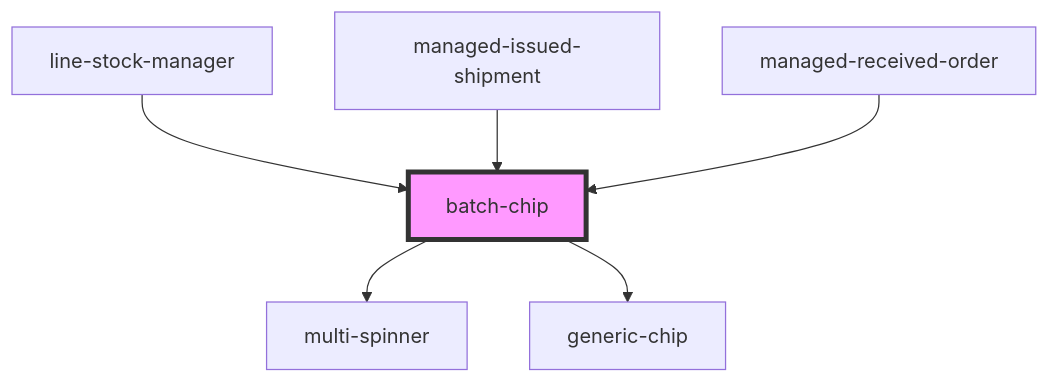
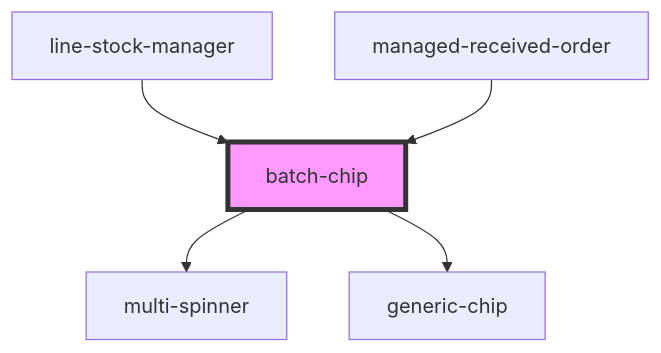
The diagram in pdm-web-components/src/components/batch-chip/readme.md (PharmaLedger-IMI/fgt-workspace), drawn with Mermaid before and after one commit. The commit also changed other lines of this file and 23 other files, not shown here.

````diff
--- a/pdm-web-components/src/components/batch-chip/readme.md
+++ b/pdm-web-components/src/components/batch-chip/readme.md
@@ -40,9 +39,8 @@
 ```mermaid
 graph TD;
   batch-chip --> multi-spinner
   batch-chip --> generic-chip
   line-stock-manager --> batch-chip
-  managed-issued-shipment --> batch-chip
   managed-received-order --> batch-chip
   style batch-chip fill:#f9f,stroke:#333,stroke-width:4px
 ```
````
